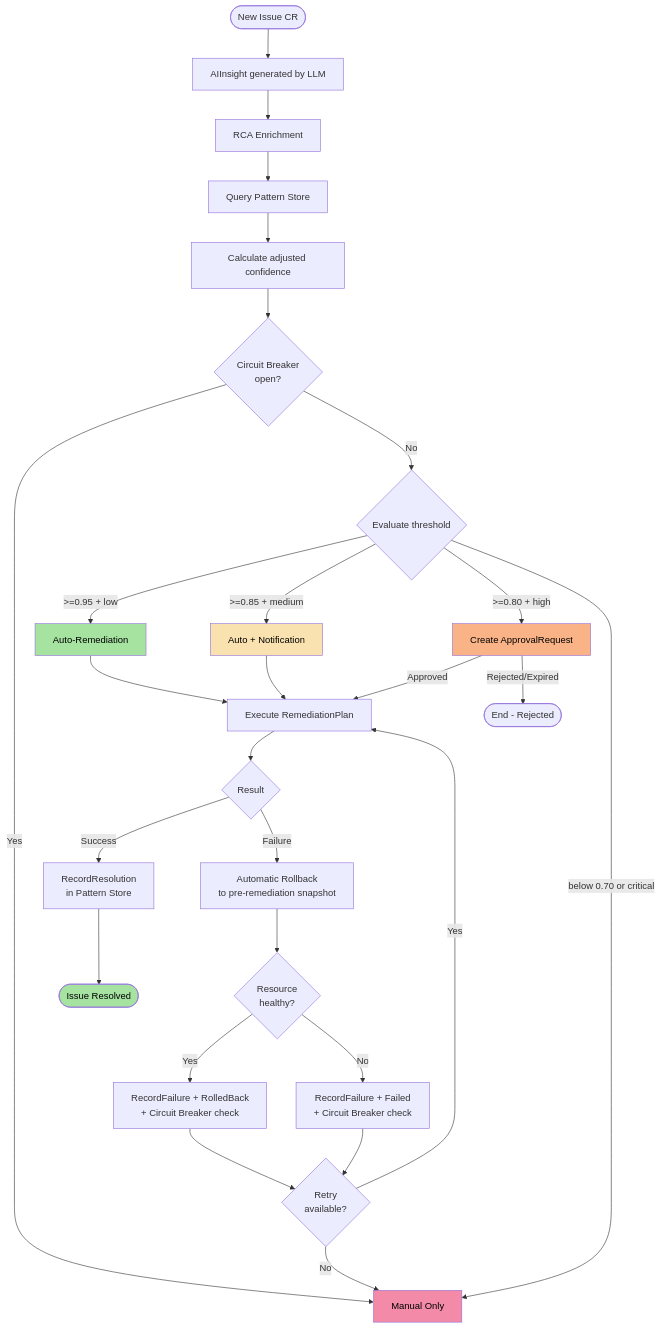
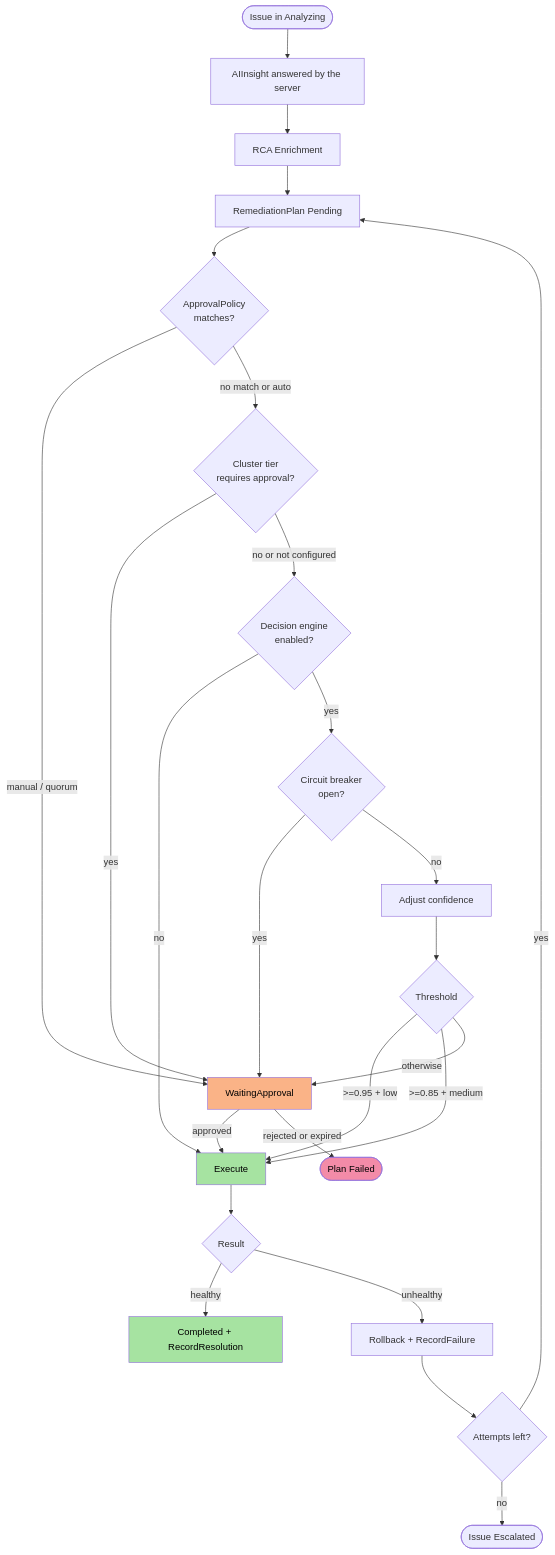
Before and after one commit to diillson/chatcli.ai: the second of 2 diagrams in features/aiops/decision-engine.mdx, drawn with Mermaid. The commit also changed other lines of this file and 24 other files, not shown here.

Commit message:
docs: operator integration suite, cost ledger API, decision engine and federation as wired, audit events, policies API and dashboard tab

````diff
--- a/features/aiops/decision-engine.mdx
+++ b/features/aiops/decision-engine.mdx
@@ -787,40 +617,31 @@
 ```mermaid
 flowchart TD
-    START([New Issue CR]) --> INSIGHT[AIInsight generated by LLM]
+    START([Issue in Analyzing]) --> INSIGHT[AIInsight answered by the server]
     INSIGHT --> RCA[RCA Enrichment]
-    RCA --> PATTERN[Query Pattern Store]
-    PATTERN --> CALC[Calculate adjusted confidence]
-
-    CALC --> CB{Circuit Breaker<br/>open?}
-    CB -->|Yes| MANUAL[Manual Only]
-    CB -->|No| THRESHOLD{Evaluate threshold}
-
-    THRESHOLD -->|>=0.95 + low| AUTO[Auto-Remediation]
-    THRESHOLD -->|>=0.85 + medium| NOTIFY[Auto + Notification]
-    THRESHOLD -->|>=0.80 + high| APPROVAL[Create ApprovalRequest]
-    THRESHOLD -->|below 0.70 or critical| MANUAL
-
-    AUTO --> EXEC[Execute RemediationPlan]
-    NOTIFY --> EXEC
-    APPROVAL -->|Approved| EXEC
-    APPROVAL -->|Rejected/Expired| END_REJECT([End - Rejected])
-
+    RCA --> PLAN[RemediationPlan Pending]
+    PLAN --> POLICY{ApprovalPolicy<br/>matches?}
+    POLICY -->|manual / quorum| PARK[WaitingApproval]
+    POLICY -->|no match or auto| TIER{Cluster tier<br/>requires approval?}
+    TIER -->|yes| PARK
+    TIER -->|no or not configured| ENGINE{Decision engine<br/>enabled?}
+    ENGINE -->|no| EXEC[Execute]
+    ENGINE -->|yes| CB{Circuit breaker<br/>open?}
+    CB -->|yes| PARK
+    CB -->|no| CALC[Adjust confidence]
+    CALC --> THRESHOLD{Threshold}
+    THRESHOLD -->|>=0.95 + low| EXEC
+    THRESHOLD -->|>=0.85 + medium| EXEC
+    THRESHOLD -->|otherwise| PARK
+    PARK -->|approved| EXEC
+    PARK -->|rejected or expired| FAIL([Plan Failed])
     EXEC --> RESULT{Result}
-    RESULT -->|Success| RECORD_OK[RecordResolution<br/>in Pattern Store]
-    RESULT -->|Failure| ROLLBACK[Automatic Rollback<br/>to pre-remediation snapshot]
-    ROLLBACK --> HEALTH{Resource<br/>healthy?}
-    HEALTH -->|Yes| RECORD_FAIL[RecordFailure + RolledBack<br/>+ Circuit Breaker check]
-    HEALTH -->|No| RECORD_FAIL_HARD[RecordFailure + Failed<br/>+ Circuit Breaker check]
-
-    RECORD_OK --> END_OK([Issue Resolved])
-    RECORD_FAIL --> RETRY{Retry<br/>available?}
-    RECORD_FAIL_HARD --> RETRY
-    RETRY -->|Yes| EXEC
-    RETRY -->|No| MANUAL
-
-    style AUTO fill:#a6e3a1,color:#000
-    style NOTIFY fill:#f9e2af,color:#000
-    style APPROVAL fill:#fab387,color:#000
-    style MANUAL fill:#f38ba8,color:#000
-    style END_OK fill:#a6e3a1,color:#000
+    RESULT -->|healthy| OK[Completed + RecordResolution]
+    RESULT -->|unhealthy| RB[Rollback + RecordFailure]
+    RB --> RETRY{Attempts left?}
+    RETRY -->|yes| PLAN
+    RETRY -->|no| ESC([Issue Escalated])
+    style EXEC fill:#a6e3a1,color:#000
+    style PARK fill:#fab387,color:#000
+    style FAIL fill:#f38ba8,color:#000
+    style OK fill:#a6e3a1,color:#000
 ```
````
